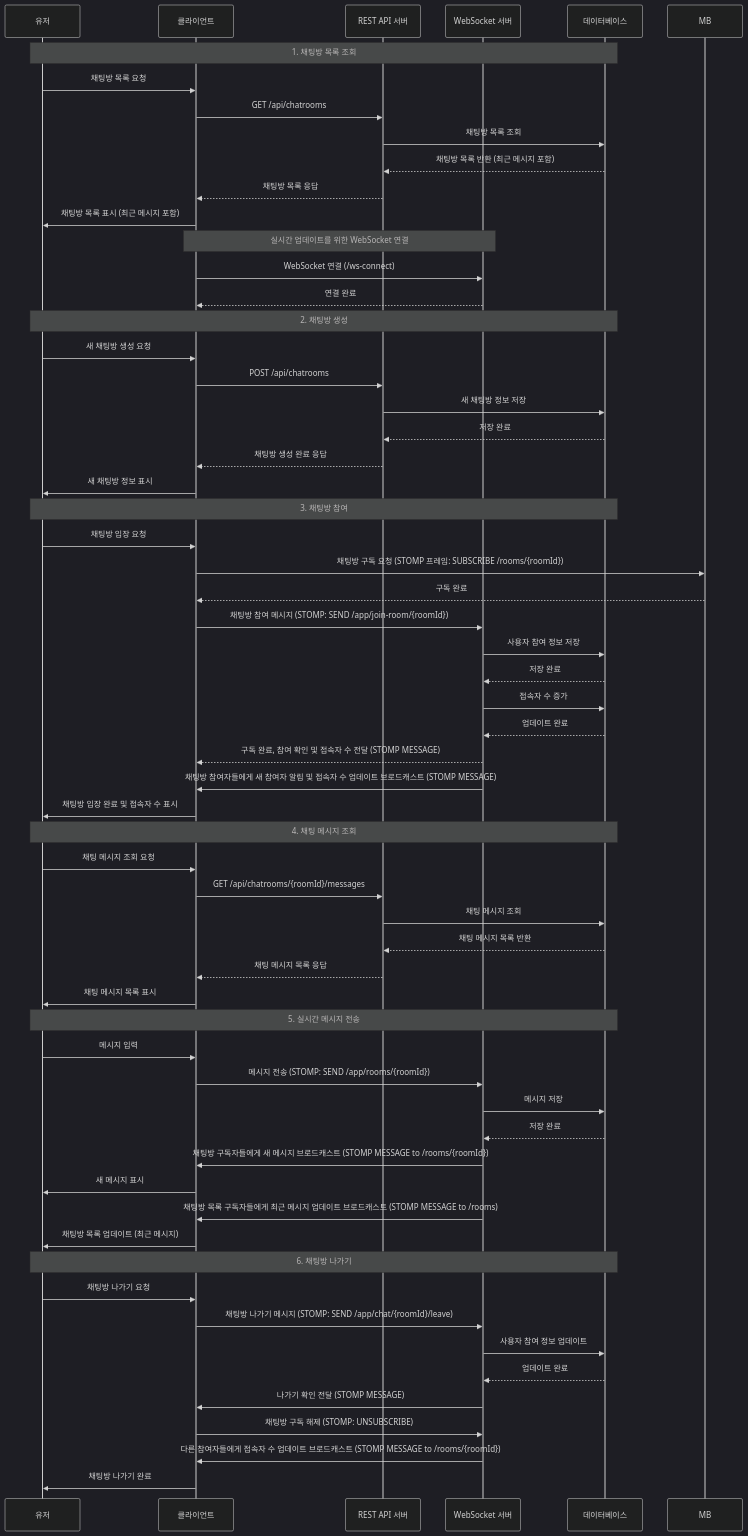
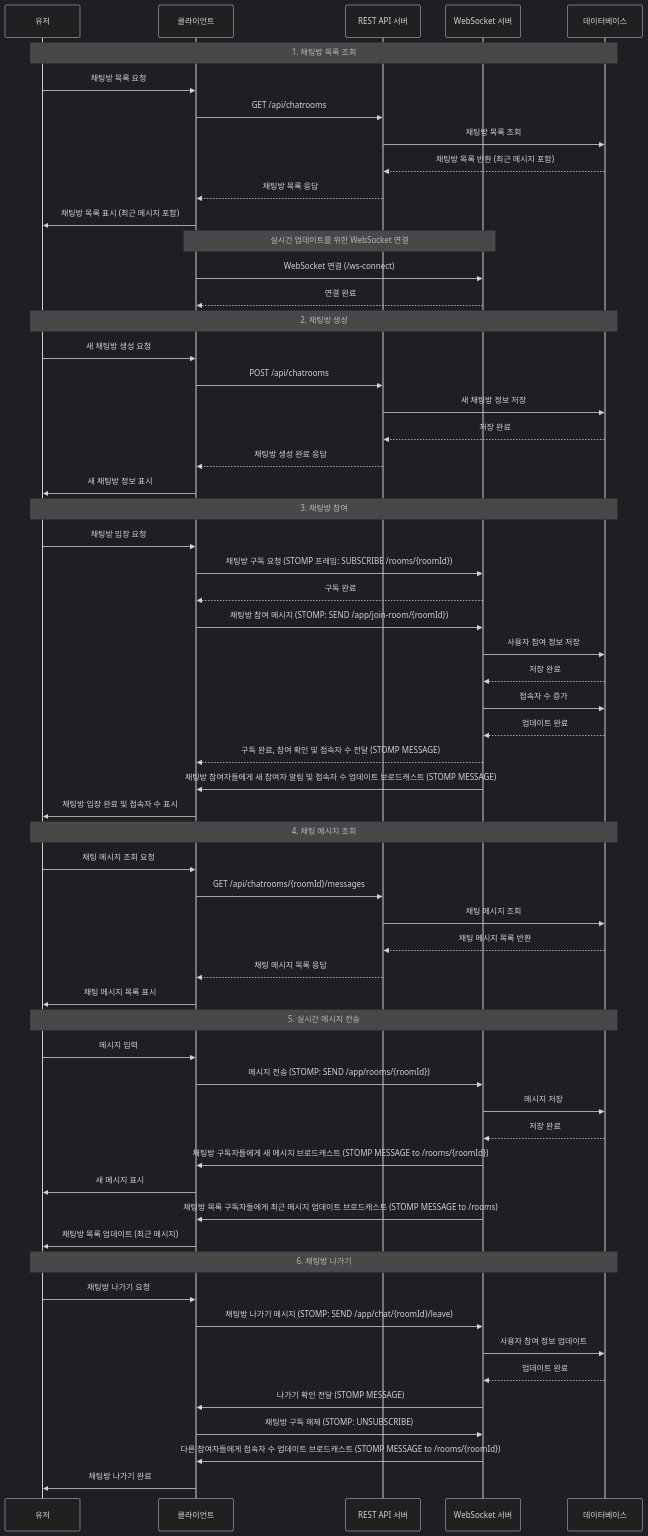
Before and after one commit to Kimhan-nah/chat: the diagram in README.md, drawn with Mermaid (dark theme).

Commit message:
[Docs] diagram 수정

````diff
--- a/README.md
+++ b/README.md
@@ -84,68 +84,68 @@
 ```mermaid
 sequenceDiagram
-participant U as 유저
-participant C as 클라이언트
-participant API as REST API 서버
-participant WS as WebSocket 서버
-participant DB as 데이터베이스
+    participant U as 유저
+    participant C as 클라이언트
+    participant API as REST API 서버
+    participant WS as WebSocket 서버
+    participant DB as 데이터베이스
 
     Note over U,DB: 1. 채팅방 목록 조회
     U->>C: 채팅방 목록 요청
     C->>API: GET /api/chatrooms
     API->>DB: 채팅방 목록 조회
     DB-->>API: 채팅방 목록 반환 (최근 메시지 포함)
     API-->>C: 채팅방 목록 응답
     C->>U: 채팅방 목록 표시 (최근 메시지 포함)
     Note over C,WS: 실시간 업데이트를 위한 WebSocket 연결
     C->>WS: WebSocket 연결 (/ws-connect)
     WS-->>C: 연결 완료
 
     Note over U,DB: 2. 채팅방 생성
     U->>C: 새 채팅방 생성 요청
     C->>API: POST /api/chatrooms
     API->>DB: 새 채팅방 정보 저장
     DB-->>API: 저장 완료
     API-->>C: 채팅방 생성 완료 응답
     C->>U: 새 채팅방 정보 표시
 
     Note over U,DB: 3. 채팅방 참여
     U->>C: 채팅방 입장 요청
-		C->>MB: 채팅방 구독 요청 (STOMP 프레임: SUBSCRIBE /rooms/{roomId})
-    MB-->>C: 구독 완료
+		C->>WS: 채팅방 구독 요청 (STOMP 프레임: SUBSCRIBE /rooms/{roomId})
+    WS-->>C: 구독 완료
     C->>WS: 채팅방 참여 메시지 (STOMP: SEND /app/join-room/{roomId})
     WS->>DB: 사용자 참여 정보 저장
     DB-->>WS: 저장 완료
     WS->>DB: 접속자 수 증가
     DB-->>WS: 업데이트 완료
     WS-->>C: 구독 완료, 참여 확인 및 접속자 수 전달 (STOMP MESSAGE)
     WS->>C: 채팅방 참여자들에게 새 참여자 알림 및 접속자 수 업데이트 브로드캐스트 (STOMP MESSAGE)
     C->>U: 채팅방 입장 완료 및 접속자 수 표시
 
     Note over U,DB: 4. 채팅 메시지 조회
     U->>C: 채팅 메시지 조회 요청
     C->>API: GET /api/chatrooms/{roomId}/messages
     API->>DB: 채팅 메시지 조회
     DB-->>API: 채팅 메시지 목록 반환
     API-->>C: 채팅 메시지 목록 응답
     C->>U: 채팅 메시지 목록 표시
 
     Note over U,DB: 5. 실시간 메시지 전송
     U->>C: 메시지 입력
     C->>WS: 메시지 전송 (STOMP: SEND /app/rooms/{roomId})
     WS->>DB: 메시지 저장
     DB-->>WS: 저장 완료
     WS->>C: 채팅방 구독자들에게 새 메시지 브로드캐스트 (STOMP MESSAGE to /rooms/{roomId})
     C->>U: 새 메시지 표시
     WS->>C: 채팅방 목록 구독자들에게 최근 메시지 업데이트 브로드캐스트 (STOMP MESSAGE to /rooms)
     C->>U: 채팅방 목록 업데이트 (최근 메시지)
 
     Note over U,DB: 6. 채팅방 나가기
     U->>C: 채팅방 나가기 요청
     C->>WS: 채팅방 나가기 메시지 (STOMP: SEND /app/chat/{roomId}/leave)
     WS->>DB: 사용자 참여 정보 업데이트
     DB-->>WS: 업데이트 완료
     WS->>C: 나가기 확인 전달 (STOMP MESSAGE)
     C->>WS: 채팅방 구독 해제 (STOMP: UNSUBSCRIBE)
     WS->>C: 다른 참여자들에게 접속자 수 업데이트 브로드캐스트 (STOMP MESSAGE to /rooms/{roomId})
     C->>U: 채팅방 나가기 완료
 ```
````
